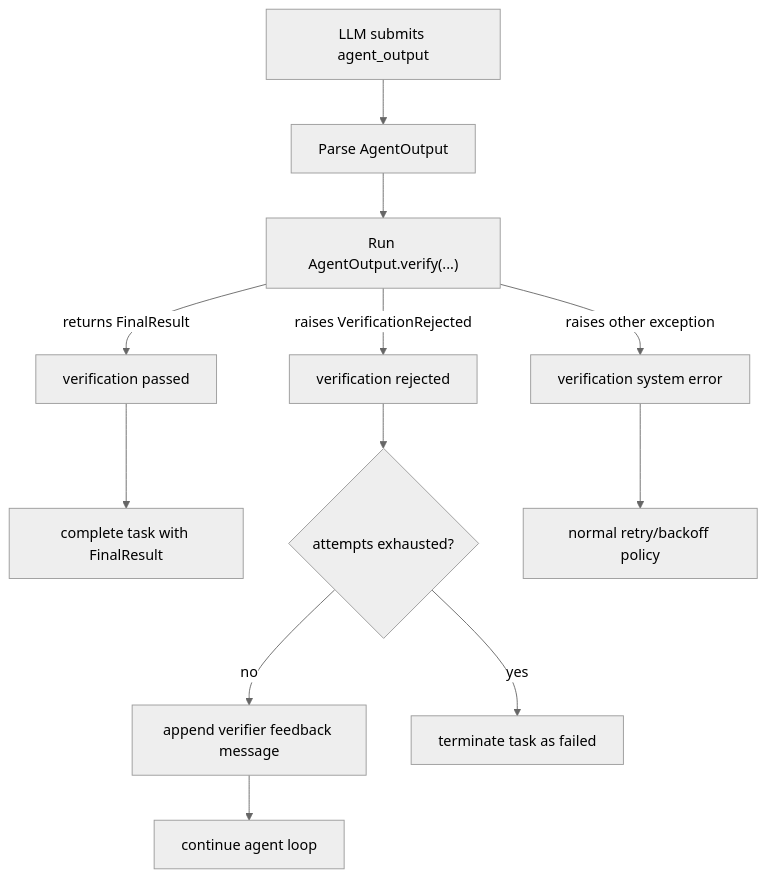
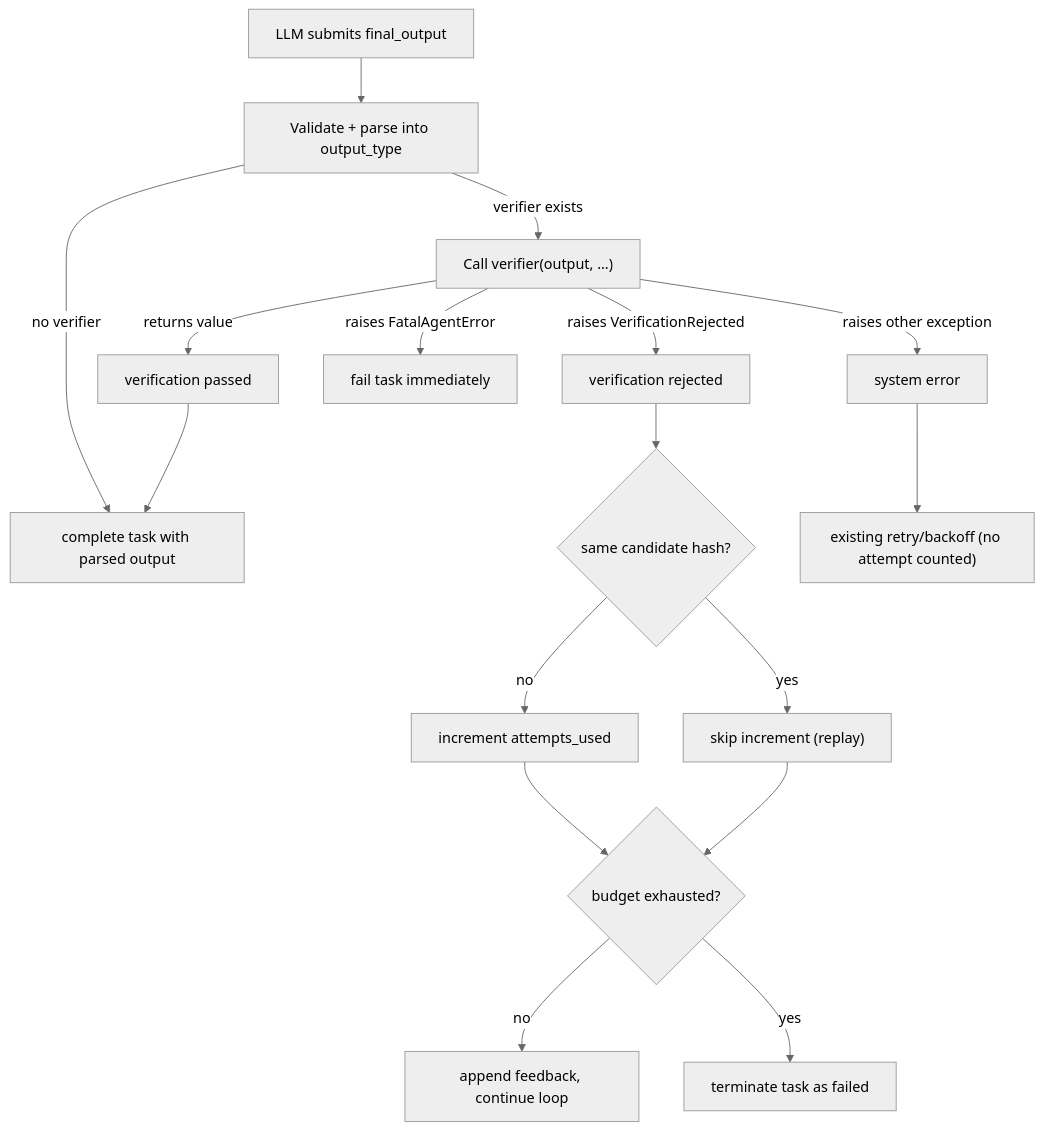
One commit to ricardo-agz/nfactorial changed the diagram in VERIFICATION_PLAN.md. Above: the diagram before and after it, drawn with Mermaid (neutral theme). The commit also changed other lines of this file and 23 other files, not shown here.

````diff
--- a/VERIFICATION_PLAN.md
+++ b/VERIFICATION_PLAN.md
@@ -191,17 +227,22 @@
 ```mermaid
 flowchart TD
-    llmSubmit["LLM submits agent_output"] --> parseOutput["Parse AgentOutput"]
-    parseOutput --> runVerify["Run AgentOutput.verify(...)"]
-    runVerify -->|returns FinalResult| verifyPass["verification passed"]
+    llmSubmit["LLM submits final_output"] --> validateOutput["Validate + parse into output_type"]
+    validateOutput -->|no verifier| completeTask["complete task with parsed output"]
+    validateOutput -->|verifier exists| runVerify["Call verifier(output, ...)"]
+    runVerify -->|returns value| verifyPass["verification passed"]
     runVerify -->|raises VerificationRejected| verifyReject["verification rejected"]
-    runVerify -->|raises other exception| verifyError["verification system error"]
+    runVerify -->|raises FatalAgentError| fatalFail["fail task immediately"]
+    runVerify -->|raises other exception| verifyError["system error"]
 
-    verifyPass --> completeTask["complete task with FinalResult"]
+    verifyPass --> completeTask
 
-    verifyReject --> attemptCheck{"attempts exhausted?"}
-    attemptCheck -->|no| injectFeedback["append verifier feedback message"]
-    injectFeedback --> continueRun["continue agent loop"]
+    verifyReject --> hashCheck{"same candidate hash?"}
+    hashCheck -->|no| incrementAttempt["increment attempts_used"]
+    hashCheck -->|yes| skipIncrement["skip increment (replay)"]
+    incrementAttempt --> attemptCheck{"budget exhausted?"}
+    skipIncrement --> attemptCheck
+    attemptCheck -->|no| injectFeedback["append feedback, continue loop"]
     attemptCheck -->|yes| failTask["terminate task as failed"]
 
-    verifyError --> retryPolicy["normal retry/backoff policy"]
+    verifyError --> retryPolicy["existing retry/backoff (no attempt counted)"]
 ```
````
